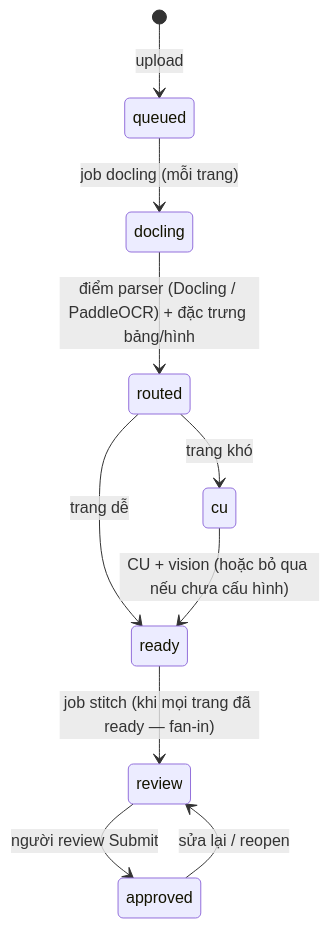
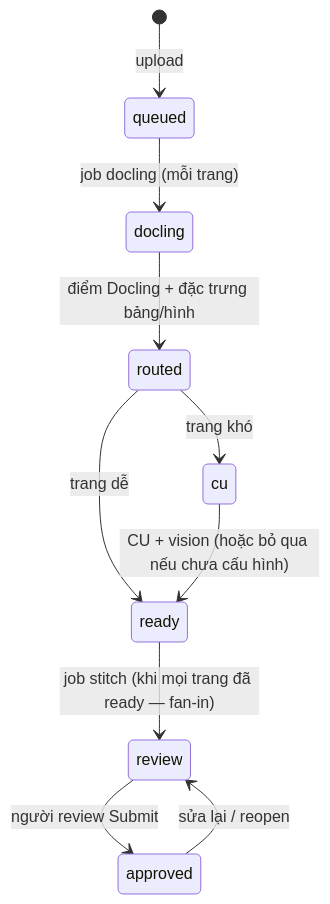
One commit to sang-hv/hoken-poc changed the second of 2 diagrams in docs/ARCHITECTURE.md. Above: the diagram before and after it, drawn with Mermaid. The commit also changed other lines of this file and 21 other files, not shown here.

First line of the commit message:
Docling + RapidOCR tiếng Nhật làm parser duy nhất, bỏ PaddleOCR

````diff
--- a/docs/ARCHITECTURE.md
+++ b/docs/ARCHITECTURE.md
@@ -43,12 +43,12 @@
 ```mermaid
 stateDiagram-v2
   [*] --> queued: upload
   queued --> docling: job docling (mỗi trang)
-  docling --> routed: điểm parser (Docling / PaddleOCR) + đặc trưng bảng/hình
+  docling --> routed: điểm Docling + đặc trưng bảng/hình
   routed --> cu: trang khó
   routed --> ready: trang dễ
   cu --> ready: CU + vision (hoặc bỏ qua nếu chưa cấu hình)
   ready --> review: job stitch (khi mọi trang đã ready — fan-in)
   review --> approved: người review Submit
   approved --> review: sửa lại / reopen
 ```
````
